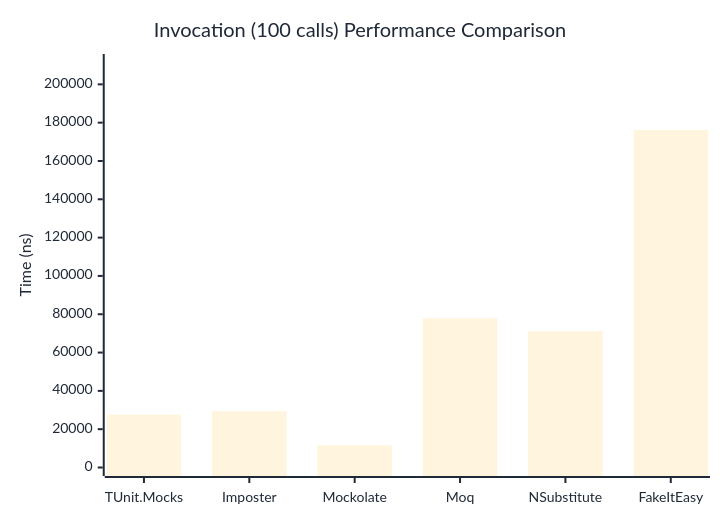
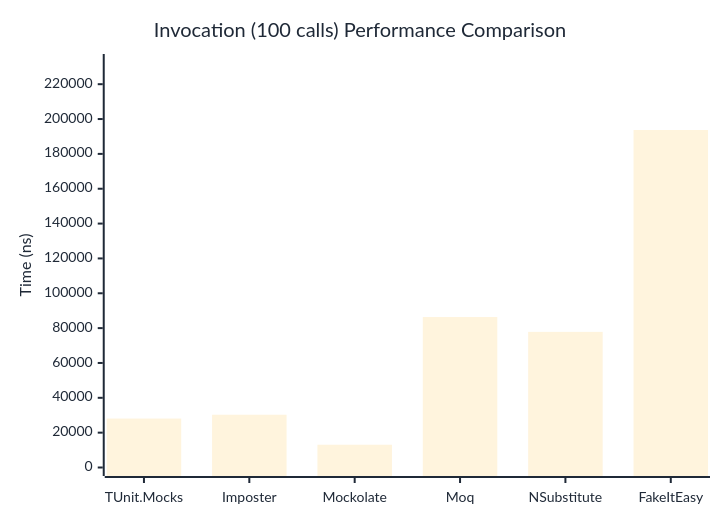
The third of 3 diagrams in docs/docs/benchmarks/mocks/Invocation.md (thomhurst/TUnit), drawn with Mermaid before and after one commit. The commit also changed other lines of this file and 14 other files, not shown here.

````diff
--- a/docs/docs/benchmarks/mocks/Invocation.md
+++ b/docs/docs/benchmarks/mocks/Invocation.md
@@ -112,27 +112,27 @@
 ```mermaid
 %%{init: {
   'theme':'base',
   'themeVariables': {
     'primaryColor': '#2563eb',
     'primaryTextColor': '#1f2937',
     'primaryBorderColor': '#1e40af',
     'lineColor': '#6b7280',
     'secondaryColor': '#7c3aed',
     'tertiaryColor': '#dc2626',
     'background': '#ffffff',
     'pie1': '#2563eb',
     'pie2': '#7c3aed',
     'pie3': '#dc2626',
     'pie4': '#f59e0b',
     'pie5': '#10b981',
     'pie6': '#06b6d4',
     'pie7': '#ec4899',
     'pie8': '#6366f1'
   }
 }}%%
 xychart-beta
   title "Invocation (100 calls) Performance Comparison"
   x-axis ["TUnit.Mocks", "Imposter", "Mockolate", "Moq", "NSubstitute", "FakeItEasy"]
-  y-axis "Time (ns)" 0 --> 211401
-  bar [27611.9, 29428, 11628.1, 77825.3, 71167.1, 176167.2]
+  y-axis "Time (ns)" 0 --> 232453
+  bar [28081, 30281.4, 13069.8, 86355.1, 77843.4, 193710.2]
 ```
````
